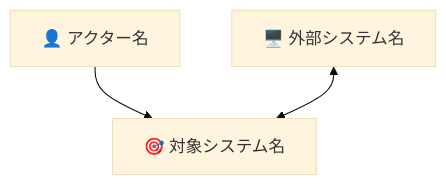
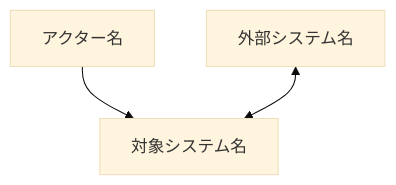
Before and after one commit to iwasa-kosui/dotfiles: the first of 7 diagrams in specs/spec.md, drawn with Mermaid (base theme). The commit also changed other lines of this file and 7 other files, not shown here.

````diff
--- a/specs/spec.md
+++ b/specs/spec.md
@@ -419,9 +483,9 @@
 ```mermaid
 graph TB
-    actor1["👤 アクター名"]
-    ext1["🖥️ 外部システム名"]
-    system["🎯 対象システム名"]
+    actor1["アクター名"]
+    ext1["外部システム名"]
+    system["対象システム名"]
 
     actor1 --> system
     ext1 <--> system
 ```
````
